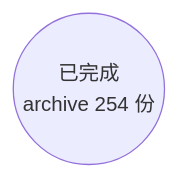
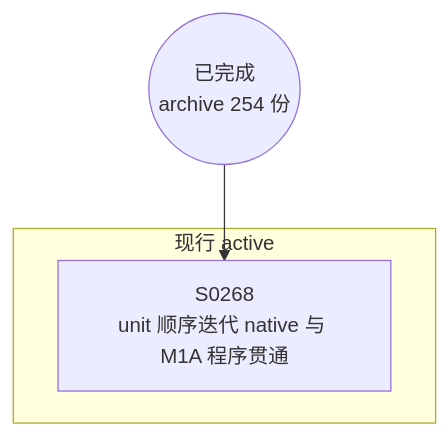
The diagram in docs/specs/dependency-graph.md (Halckon/Koven), drawn with Mermaid before and after one commit. The commit also changed other lines of this file and 41 other files, not shown here.

````diff
--- a/docs/specs/dependency-graph.md
+++ b/docs/specs/dependency-graph.md
@@ -9,4 +9,8 @@
 ```mermaid
 flowchart TD
 ARCH(("已完成<br/>archive 254 份"))
+subgraph Gactive["现行 active"]
+  S0268["S0268<br/>unit 顺序迭代 native 与 M1A 程序贯通"]
+end
+ARCH --> S0268
 ```
````
